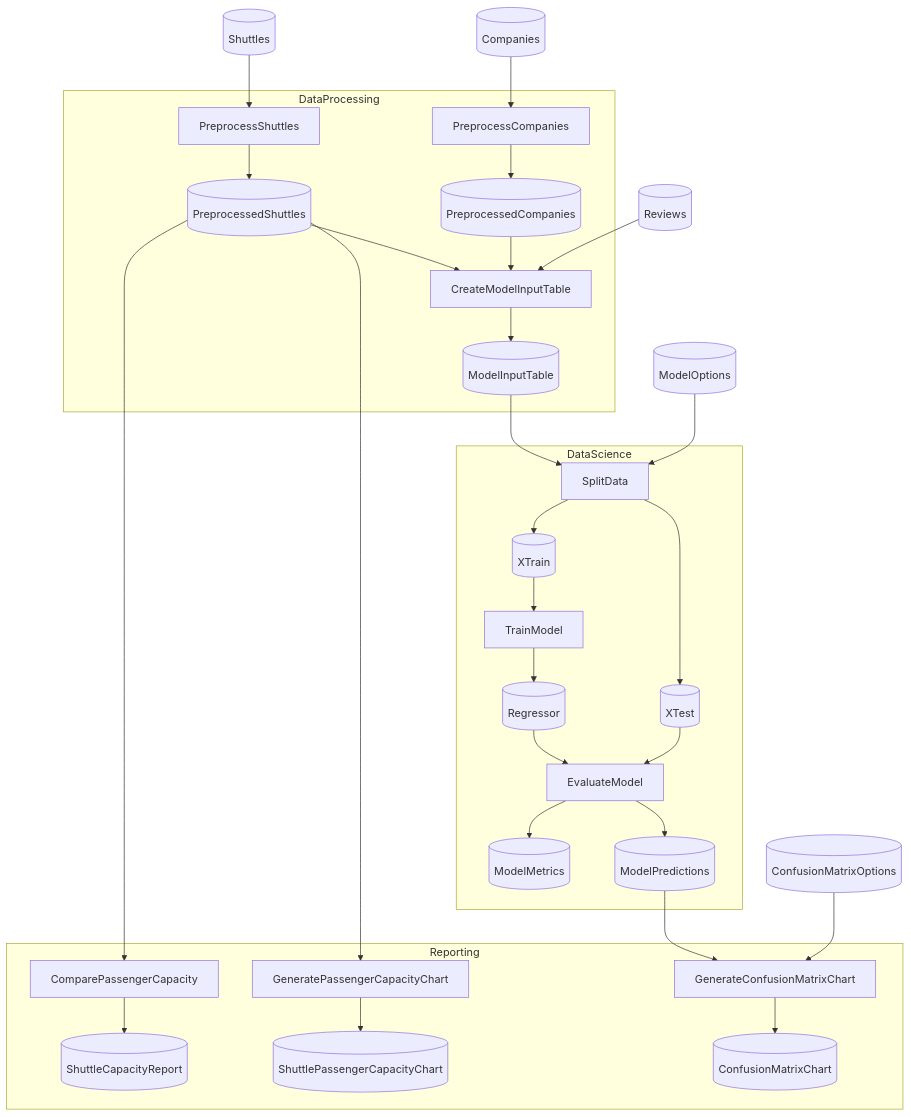
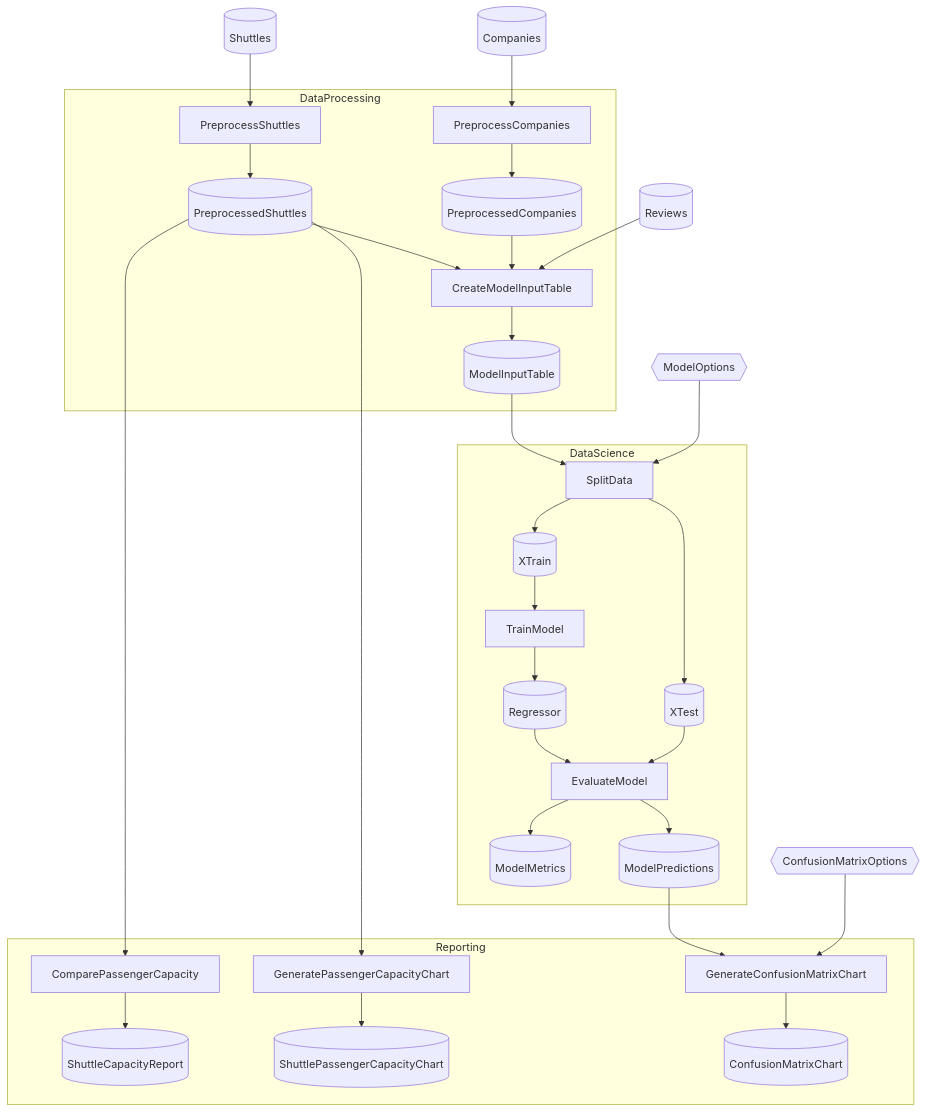
Before and after one commit to chaoticgoodcomputing/flowthru: the diagram in examples/advanced/SpaceflightsDistributed/README.md, drawn with Mermaid. The commit also changed 16 other files, not shown here.

Commit message:
docs: update README examples with new mermaid output

````diff
--- a/examples/advanced/SpaceflightsDistributed/README.md
+++ b/examples/advanced/SpaceflightsDistributed/README.md
@@ -37,67 +37,67 @@
 ```mermaid
 flowchart TB
 
     %% External Data Inputs
     Companies[("Companies")]
-    ConfusionMatrixOptions[("ConfusionMatrixOptions")]
-    ModelOptions[("ModelOptions")]
+    ConfusionMatrixOptions{{"ConfusionMatrixOptions"}}
+    ModelOptions{{"ModelOptions"}}
     Reviews[("Reviews")]
     Shuttles[("Shuttles")]
 
     subgraph DataProcessing["DataProcessing"]
         PreprocessCompanies["PreprocessCompanies"]
         PreprocessedCompanies[("PreprocessedCompanies")]
         PreprocessShuttles["PreprocessShuttles"]
         PreprocessedShuttles[("PreprocessedShuttles")]
         CreateModelInputTable["CreateModelInputTable"]
         ModelInputTable[("ModelInputTable")]
     end
 
     subgraph DataScience["DataScience"]
         SplitData["SplitData"]
         XTrain[("XTrain")]
         XTest[("XTest")]
         TrainModel["TrainModel"]
         Regressor[("Regressor")]
         EvaluateModel["EvaluateModel"]
         ModelMetrics[("ModelMetrics")]
         ModelPredictions[("ModelPredictions")]
     end
 
     subgraph Reporting["Reporting"]
         ComparePassengerCapacity["ComparePassengerCapacity"]
         ShuttleCapacityReport[("ShuttleCapacityReport")]
         GeneratePassengerCapacityChart["GeneratePassengerCapacityChart"]
         ShuttlePassengerCapacityChart[("ShuttlePassengerCapacityChart")]
         GenerateConfusionMatrixChart["GenerateConfusionMatrixChart"]
         ConfusionMatrixChart[("ConfusionMatrixChart")]
     end
 
     %% Edges
     Companies --> PreprocessCompanies
     PreprocessCompanies --> PreprocessedCompanies
     Shuttles --> PreprocessShuttles
     PreprocessShuttles --> PreprocessedShuttles
     PreprocessedShuttles --> CreateModelInputTable
     PreprocessedCompanies --> CreateModelInputTable
     Reviews --> CreateModelInputTable
     CreateModelInputTable --> ModelInputTable
     PreprocessedShuttles --> ComparePassengerCapacity
     ComparePassengerCapacity --> ShuttleCapacityReport
     PreprocessedShuttles --> GeneratePassengerCapacityChart
     GeneratePassengerCapacityChart --> ShuttlePassengerCapacityChart
     ModelInputTable --> SplitData
     ModelOptions --> SplitData
     SplitData --> XTrain
     SplitData --> XTest
     XTrain --> TrainModel
     TrainModel --> Regressor
     Regressor --> EvaluateModel
     XTest --> EvaluateModel
     EvaluateModel --> ModelMetrics
     EvaluateModel --> ModelPredictions
     ModelPredictions --> GenerateConfusionMatrixChart
     ConfusionMatrixOptions --> GenerateConfusionMatrixChart
     GenerateConfusionMatrixChart --> ConfusionMatrixChart
 
 ```
````
